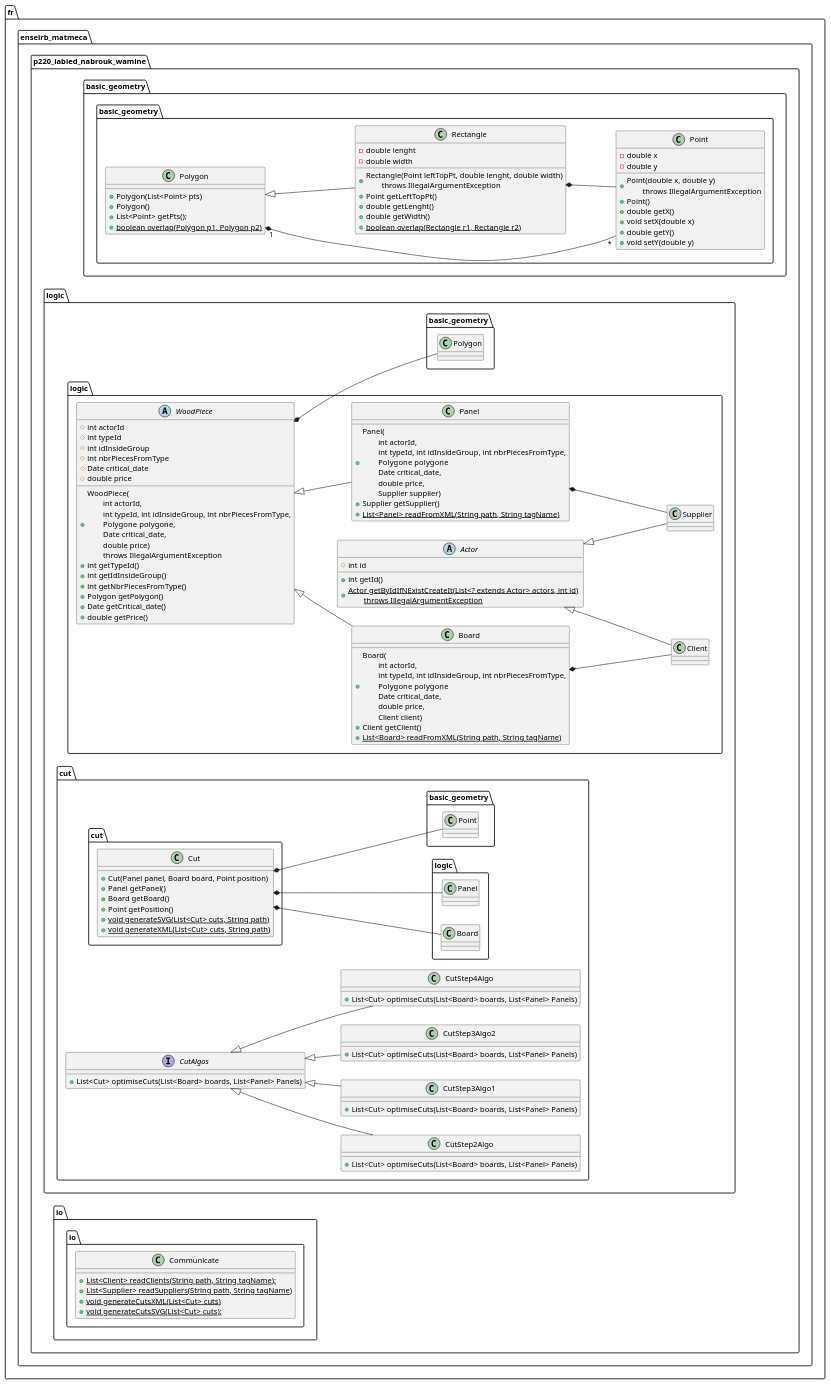
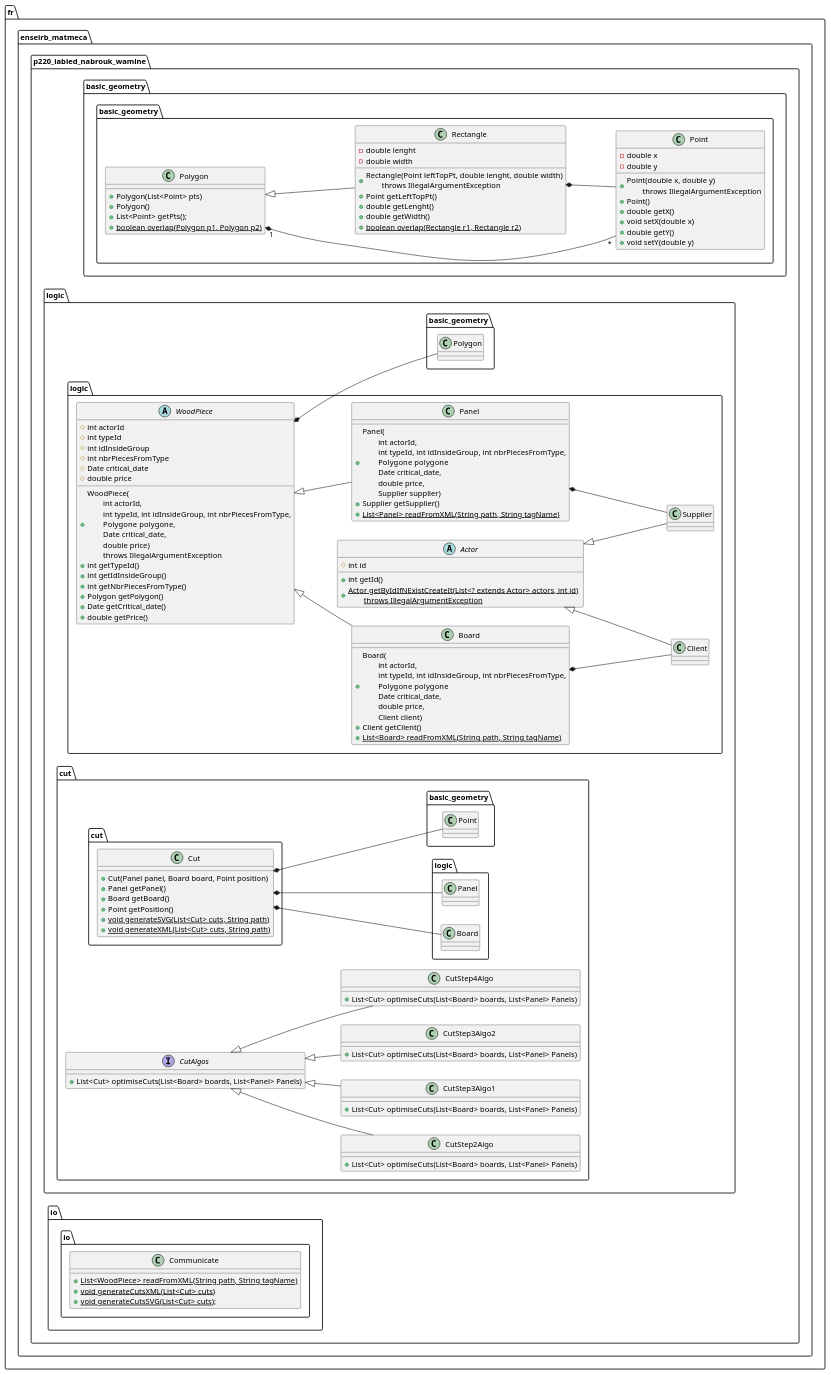
Before and after one commit to ImadABID/WoodCutPlanner: the diagram in uml.wsd, drawn with PlantUML. The commit also changed 1 other file, not shown here.

```diff
--- a/uml.wsd
+++ b/uml.wsd
@@ -1,165 +1,164 @@
 @startuml uml
 
 left to right direction
 
 package "fr.enseirb_matmeca.p220_iabied_nabrouk_wamine"{
 
     package "basic_geometry"{
 
         class basic_geometry.Point {
 
             - double x
             - double y
 
             + Point(double x, double y)\n\tthrows IllegalArgumentException
             + Point()
             + double getX()
             + void setX(double x)
             + double getY()
             + void setY(double y)
 
         }
 
         class basic_geometry.Polygon {
 
             + Polygon(List<Point> pts)
             + Polygon()
             + List<Point> getPts();
             + {static} boolean overlap(Polygon p1, Polygon p2)
 
         }
         basic_geometry.Polygon "1" *-- "*" basic_geometry.Point
 
         class basic_geometry.Rectangle {
 
             - double lenght
             - double width
             
             + Rectangle(Point leftTopPt, double lenght, double width)\n\tthrows IllegalArgumentException
             + Point getLeftTopPt()
             + double getLenght()
             + double getWidth()
             + {static} boolean overlap(Rectangle r1, Rectangle r2)
         }
         basic_geometry.Rectangle *-- basic_geometry.Point
 
         basic_geometry.Polygon <|-- basic_geometry.Rectangle
 
     }
 
     package "logic"{
 
         abstract class logic.Actor{
             # int id
 
             + int getId()
             + {static} Actor getByIdIfNExistCreateIt(List<? extends Actor> actors, int id) \n\tthrows IllegalArgumentException
         }
 
         class logic.Client{
 
         }
 
         class logic.Supplier{
             
         }
 
         logic.Actor <|-- logic.Client
         logic.Actor <|-- logic.Supplier
 
         abstract class logic.WoodPiece {
             
             # int actorId
             # int typeId
             # int idInsideGroup
             # int nbrPiecesFromType
             # Date critical_date
             # double price
 
             + WoodPiece(\n\tint actorId,\n\tint typeId, int idInsideGroup, int nbrPiecesFromType,\n\tPolygone  polygone,\n\tDate critical_date,\n\tdouble price)\n\tthrows IllegalArgumentException
             + int getTypeId()
             + int getIdInsideGroup()
             + int getNbrPiecesFromType()
             + Polygon getPolygon()
             + Date getCritical_date()
             + double getPrice()
 
         }
         logic.WoodPiece *-- basic_geometry.Polygon
 
         class logic.Panel {
             + Panel(\n\tint actorId,\n\tint typeId, int idInsideGroup, int nbrPiecesFromType,\n\tPolygone  polygone\n\tDate critical_date,\n\tdouble price,\n\tSupplier supplier)
             + Supplier getSupplier()
             + {static} List<Panel> readFromXML(String path, String tagName)
         }
         logic.Panel *-- logic.Supplier
 
         class logic.Board {
             + Board(\n\tint actorId,\n\tint typeId, int idInsideGroup, int nbrPiecesFromType,\n\tPolygone  polygone\n\tDate critical_date,\n\tdouble price,\n\tClient client)
             + Client getClient()
             + {static} List<Board> readFromXML(String path, String tagName)
             
         }
         logic.Board *-- logic.Client
 
         logic.WoodPiece <|-- logic.Panel
         logic.WoodPiece <|-- logic.Board
 
         package "cut" {
             
             class cut.Cut {
 
                 + Cut(Panel panel, Board board, Point position)
                 + Panel getPanel()
                 + Board getBoard()
                 + Point getPosition()
                 + {static} void generateSVG(List<Cut> cuts, String path)
                 + {static} void generateXML(List<Cut> cuts, String path)
 
             }
             cut.Cut *-- logic.Panel
             cut.Cut *-- logic.Board
             cut.Cut *-- basic_geometry.Point
 
             interface CutAlgos{
                 + List<Cut> optimiseCuts(List<Board> boards, List<Panel> Panels)
             }
 
             class CutStep2Algo {
                 + List<Cut> optimiseCuts(List<Board> boards, List<Panel> Panels)
             }
 
             class CutStep3Algo1 {
                 + List<Cut> optimiseCuts(List<Board> boards, List<Panel> Panels)
             }
 
             class CutStep3Algo2 {
                 + List<Cut> optimiseCuts(List<Board> boards, List<Panel> Panels)
             }
 
             class CutStep4Algo {
                 + List<Cut> optimiseCuts(List<Board> boards, List<Panel> Panels)
             }
 
             CutAlgos <|-- CutStep2Algo
             CutAlgos <|-- CutStep3Algo1
             CutAlgos <|-- CutStep3Algo2
             CutAlgos <|-- CutStep4Algo
 
         }
 
     }
 
     package "io"{
         class io.Communicate {
-            + {static} List<Client> readClients(String path, String tagName);
-            + {static}  List<Supplier> readSuppliers(String path, String tagName)
+            + {static} List<WoodPiece> readFromXML(String path, String tagName)
             + {static} void generateCutsXML(List<Cut> cuts)
             + {static} void generateCutsSVG(List<Cut> cuts);
         }
     }
 
 }
 
 
 @enduml
```
